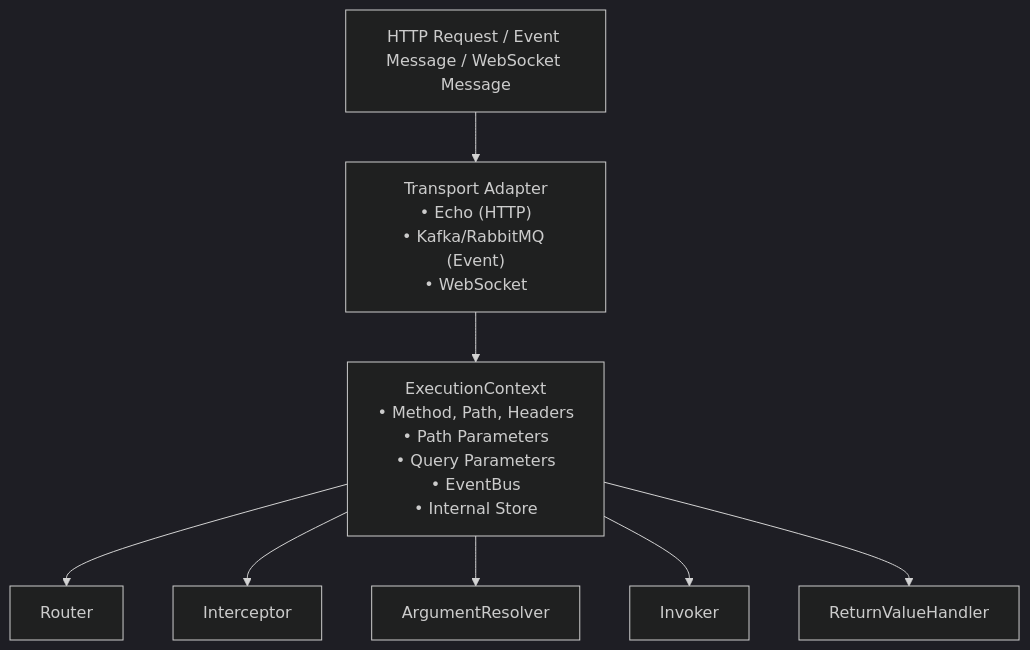
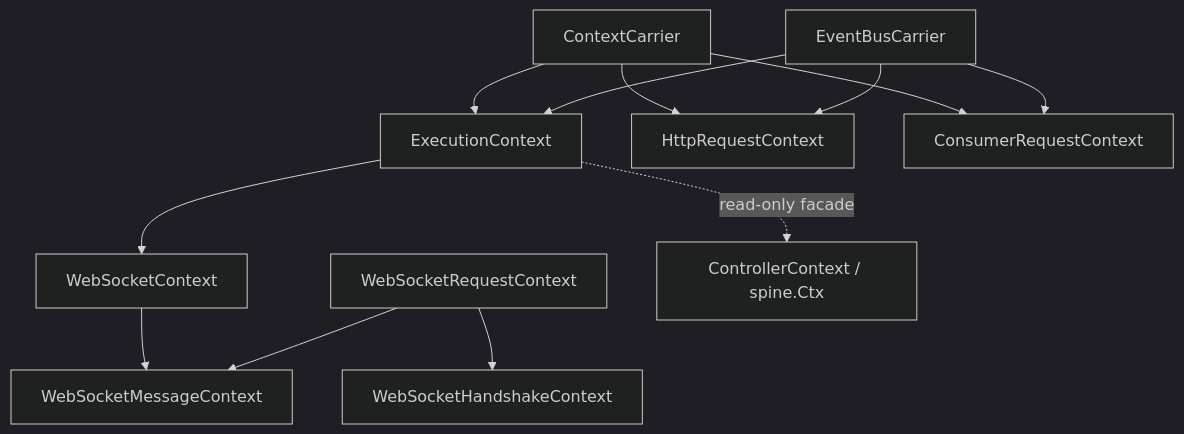
The diagram in docs/en/learn/core-concepts/execution-context.md (NARUBROWN/spine-site), drawn with Mermaid (dark theme) before and after one commit. The commit also changed other lines of this file and 102 other files, not shown here.

````diff
--- a/docs/en/learn/core-concepts/execution-context.md
+++ b/docs/en/learn/core-concepts/execution-context.md
@@ -9,23 +7,14 @@
 ```mermaid
-graph TD
-    Request["HTTP Request / Event Message / WebSocket Message"]
-    
-    Transport["Transport Adapter<br>• Echo (HTTP)<br>• Kafka/RabbitMQ (Event)<br>• WebSocket"]
-    
-    Context["ExecutionContext<br>• Method, Path, Headers<br>• Path Parameters<br>• Query Parameters<br>• EventBus<br>• Internal Store"]
-    
-    Router["Router"]
-    Interceptor["Interceptor"]
-    ArgResolver["ArgumentResolver"]
-    Invoker["Invoker"]
-    ReturnHandler["ReturnValueHandler"]
-
-    Request --> Transport
-    Transport --> Context
-    
-    Context --> Router
-    Context --> Interceptor
-    Context --> ArgResolver
-    Context --> Invoker
-    Context --> ReturnHandler
+flowchart TD
+    Carrier["ContextCarrier"] --> Execution["ExecutionContext"]
+    Bus["EventBusCarrier"] --> Execution
+    Carrier --> HTTP["HttpRequestContext"]
+    Bus --> HTTP
+    Carrier --> Consumer["ConsumerRequestContext"]
+    Bus --> Consumer
+    Execution --> WS["WebSocketContext"]
+    WS --> WSMessage["WebSocketMessageContext"]
+    WSRequest["WebSocketRequestContext"] --> WSMessage
+    WSRequest --> WSHandshake["WebSocketHandshakeContext"]
+    Execution -. "read-only facade" .-> Controller["ControllerContext / spine.Ctx"]
 ```
````
